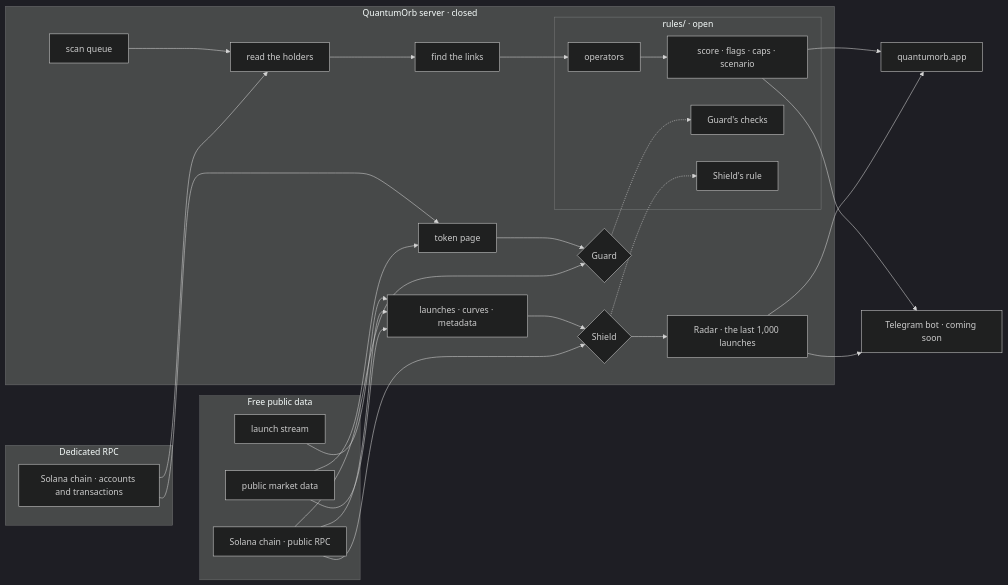
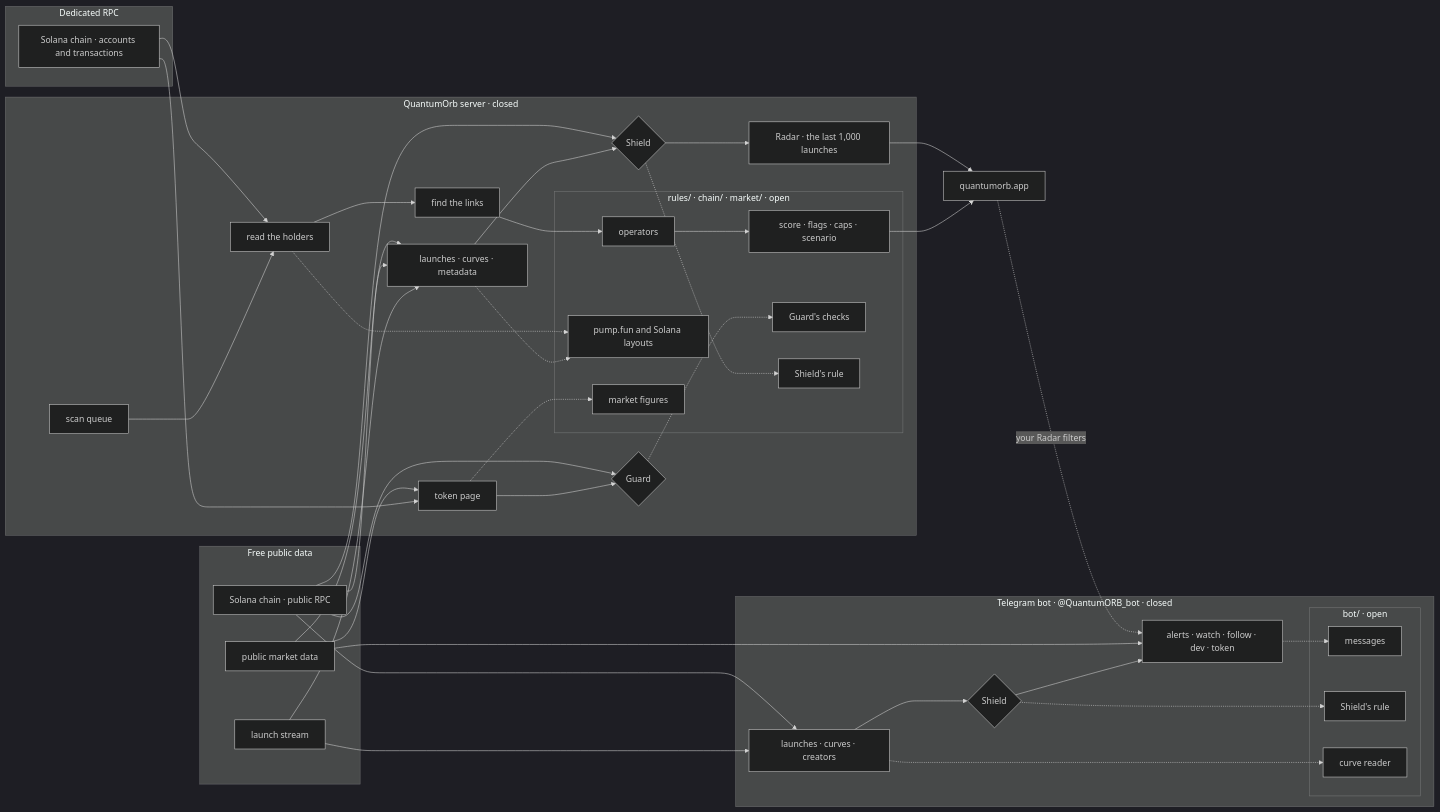
One commit to QuantumOrb/QuantOrb changed the diagram in docs/architecture.md. Above: the diagram before and after it, drawn with Mermaid (dark theme). The commit also changed other lines of this file and 6 other files, not shown here.

First line of the commit message:
Full release: the Telegram bot, the official token, the roadmap and the open code

````diff
--- a/docs/architecture.md
+++ b/docs/architecture.md
@@ -6,37 +8,56 @@
 ```mermaid
 flowchart LR
   subgraph free[Free public data]
     PP[launch stream]
     PR[Solana chain · public RPC]
     MD[public market data]
   end
   subgraph paid[Dedicated RPC]
     HR[Solana chain · accounts and transactions]
   end
   subgraph server[QuantumOrb server · closed]
     S[launches · curves · metadata] --> SH{Shield}
     SH --> RD[Radar · the last 1,000 launches]
     Q[scan queue] --> RE[read the holders] --> LK[find the links]
     TP[token page] --> GD{Guard}
-    subgraph open[rules/ · open]
+    subgraph open[rules/ · chain/ · market/ · open]
       V[operators] --> SC[score · flags · caps · scenario]
       GC[Guard's checks]
       SHC[Shield's rule]
+      CR[pump.fun and Solana layouts]
+      MK[market figures]
     end
     LK --> V
     GD -.-> GC
     SH -.-> SHC
   end
   PP --> S
   PR --> S
   MD --> S
   PR --> SH
   PR --> GD
   HR --> RE
   HR --> TP
   MD --> TP
   SC --> W[quantumorb.app]
   RD --> W
-  SC --> B[Telegram bot · coming soon]
-  RD --> B
+  S -.-> CR
+  RE -.-> CR
+  TP -.-> MK
+  subgraph bot[Telegram bot · @QuantumORB_bot · closed]
+    BS[launches · curves · creators] --> BSH{Shield}
+    BSH --> AL[alerts · watch · follow · dev · token]
+    subgraph bopen[bot/ · open]
+      BM[messages]
+      BR[Shield's rule]
+      BC[curve reader]
+    end
+    AL -.-> BM
+    BSH -.-> BR
+    BS -.-> BC
+  end
+  PP --> BS
+  PR --> BS
+  MD --> AL
+  W -. your Radar filters .-> AL
 ```
````
